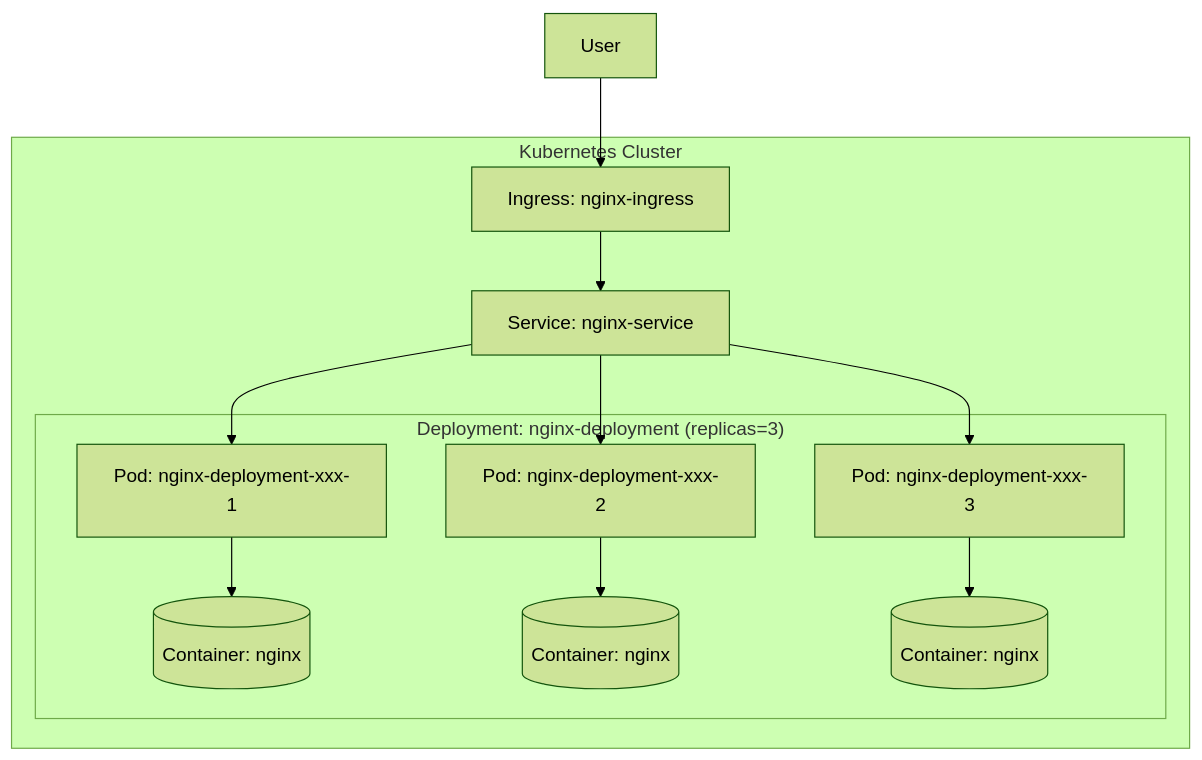
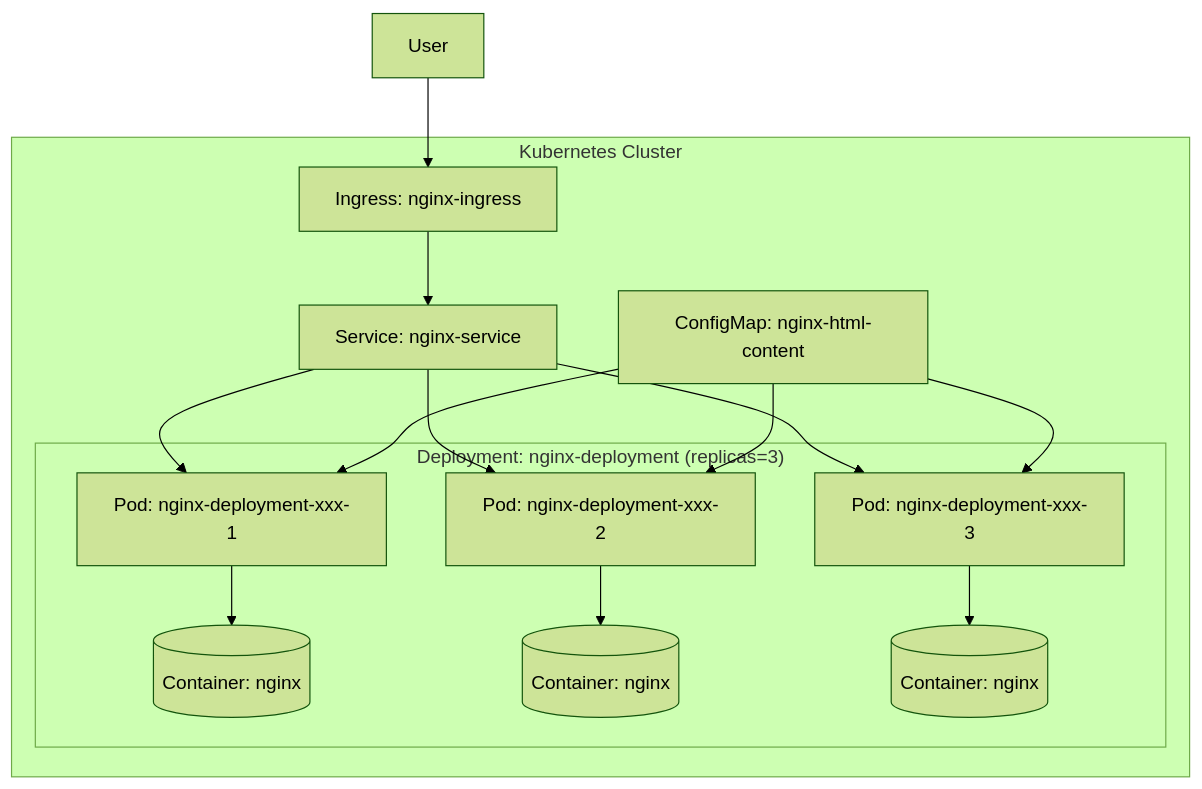
The diagram in hands-on/k8s/local/replicas/README.md (racksync/workshop-devops), drawn with Mermaid (forest theme) before and after one commit. The commit also changed other lines of this file and 10 other files, not shown here.

````diff
--- a/hands-on/k8s/local/replicas/README.md
+++ b/hands-on/k8s/local/replicas/README.md
@@ -216,26 +310,31 @@
 ```mermaid
 graph TD
     A[Ingress: nginx-ingress] --> B[Service: nginx-service]
     B --> C[Pod: nginx-deployment-xxx-1]
     B --> D[Pod: nginx-deployment-xxx-2]
     B --> E[Pod: nginx-deployment-xxx-3]
     
     C --> F[(Container: nginx)]
     D --> G[(Container: nginx)]
     E --> H[(Container: nginx)]
     
+    I[ConfigMap: nginx-html-content] --> C
+    I --> D
+    I --> E
+    
     subgraph "Kubernetes Cluster"
         A
         B
+        I
         subgraph "Deployment: nginx-deployment (replicas=3)"
             C
             D
             E
             F
             G
             H
         end
     end
     
-    I[User] --> A
+    J[User] --> A
 ```
````
